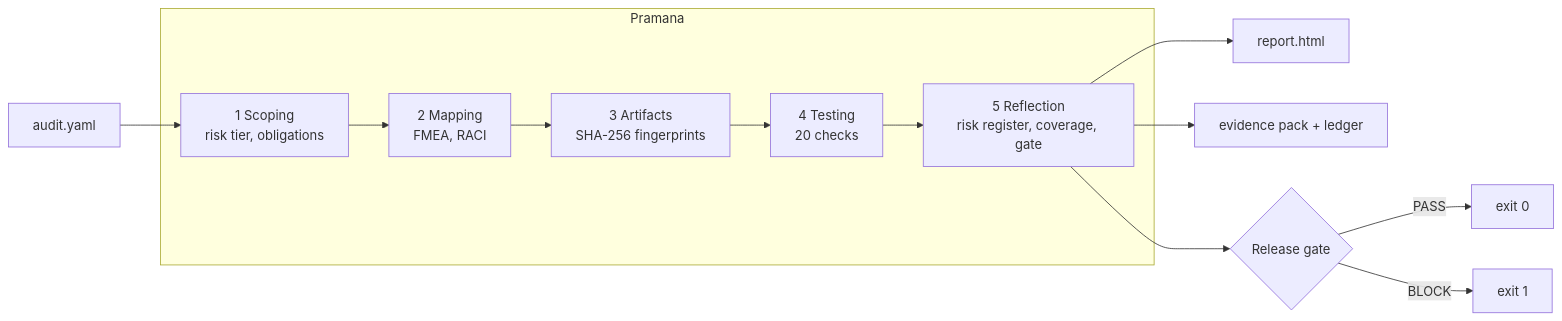
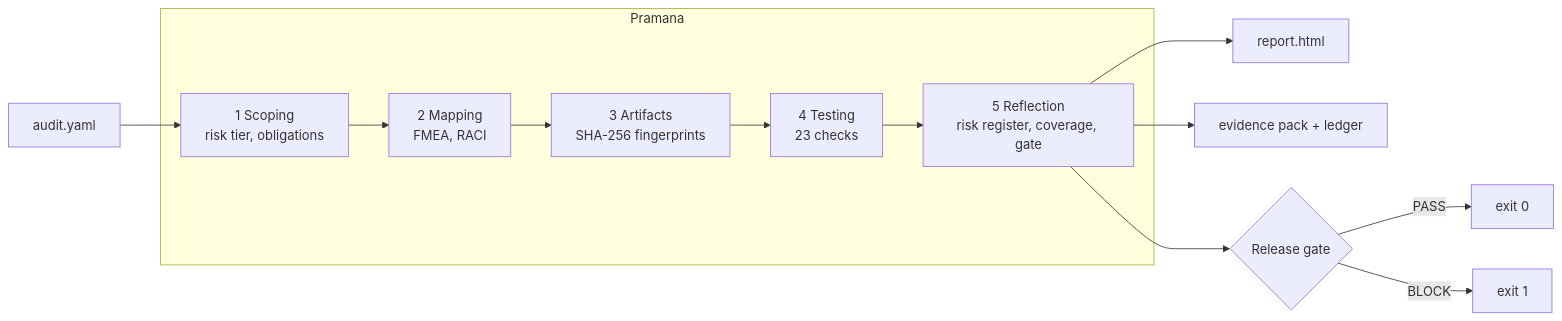
One commit to Tejascodz/pramana changed the diagram in README.md. Above: the diagram before and after it, drawn with Mermaid. The commit also changed other lines of this file and 165 other files, not shown here.

````diff
--- a/README.md
+++ b/README.md
@@ -36,15 +36,15 @@
 ```mermaid
 flowchart LR
     S[audit.yaml] --> A
     subgraph Pramana
     A[1 Scoping<br/>risk tier, obligations] --> B[2 Mapping<br/>FMEA, RACI]
     B --> C[3 Artifacts<br/>SHA-256 fingerprints]
-    C --> D[4 Testing<br/>20 checks]
+    C --> D[4 Testing<br/>23 checks]
     D --> E[5 Reflection<br/>risk register, coverage, gate]
     end
     E --> R[report.html]
     E --> P[evidence pack + ledger]
     E --> G{Release gate}
     G -->|PASS| OK[exit 0]
     G -->|BLOCK| NO[exit 1]
 ```
````
